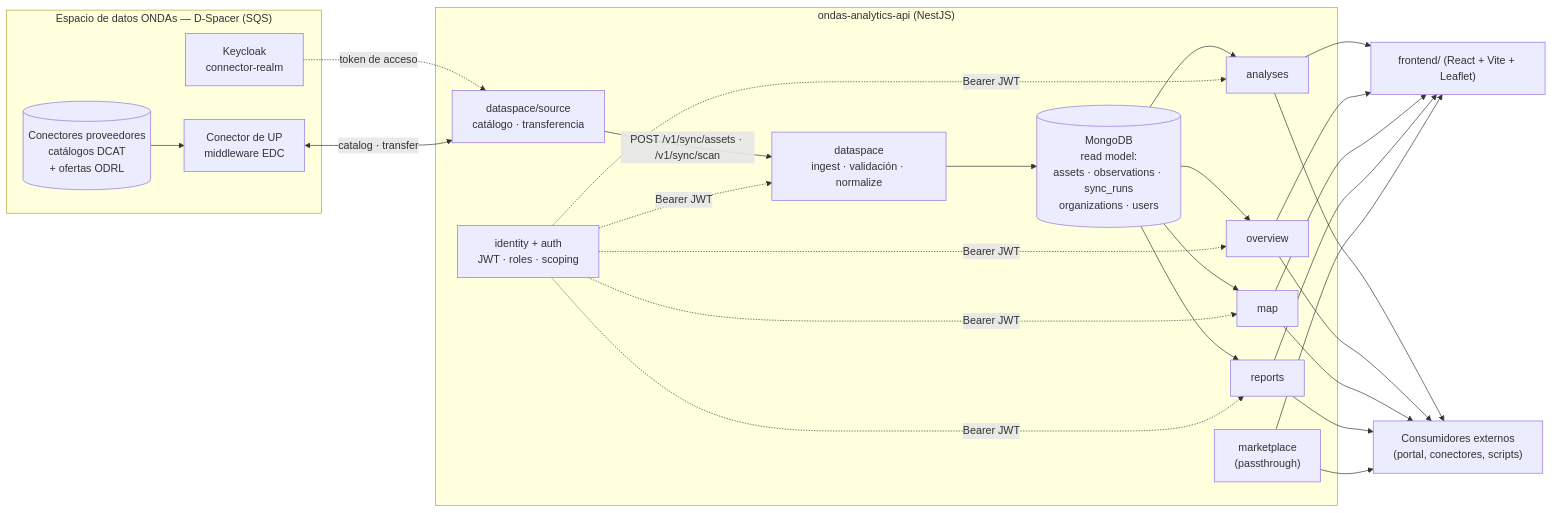
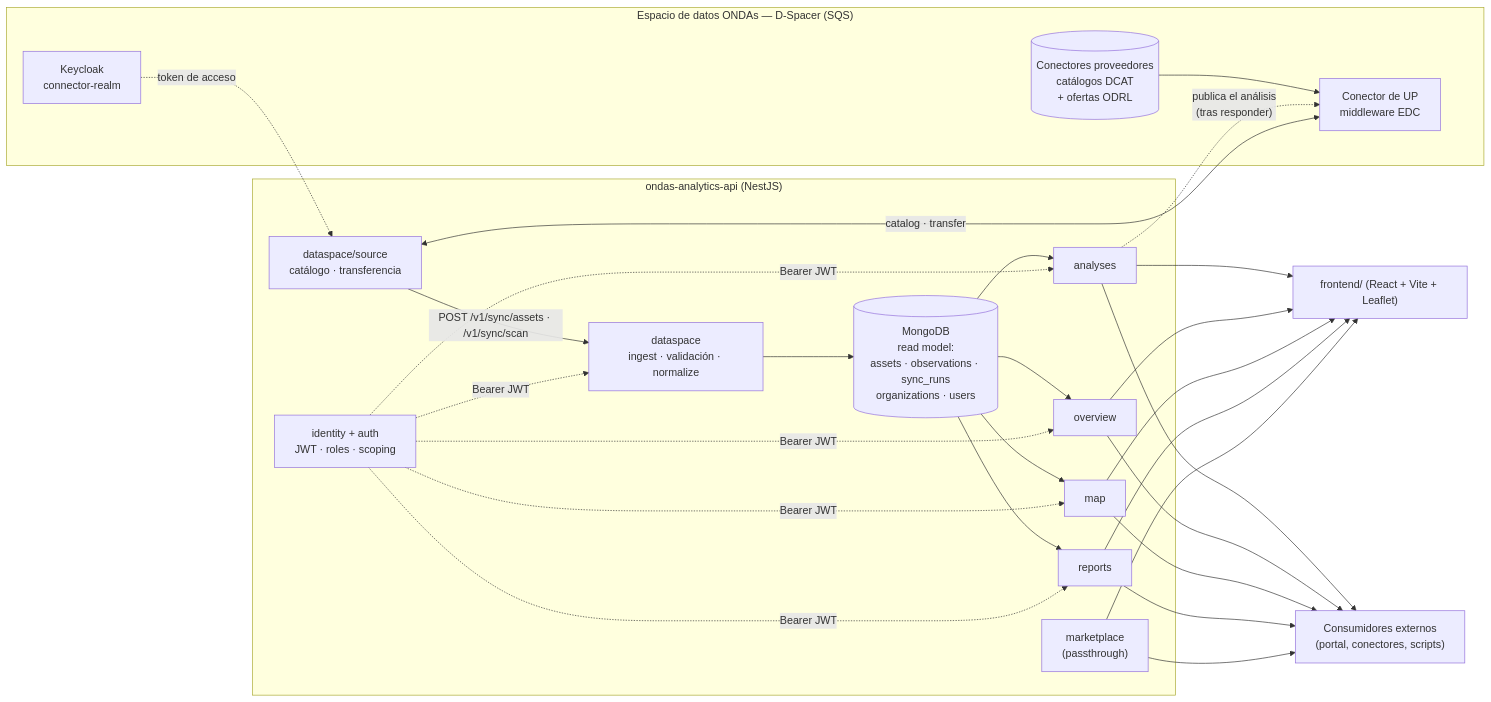
Before and after one commit to UniversalPlastic-io/ondas_analytics_api: the diagram in README.md, drawn with Mermaid. The commit also changed other lines of this file and 6 other files, not shown here.

````diff
--- a/README.md
+++ b/README.md
@@ -46,33 +55,34 @@
 ```mermaid
 flowchart LR
   subgraph DS["Espacio de datos ONDAs — D-Spacer (SQS)"]
     KC["Keycloak<br/>connector-realm"]
     MW["Conector de UP<br/>middleware EDC"]
     PROV[("Conectores proveedores<br/>catálogos DCAT<br/>+ ofertas ODRL")]
   end
 
   subgraph API["ondas-analytics-api (NestJS)"]
     SRC["dataspace/source<br/>catálogo · transferencia"]
     SYNC["dataspace<br/>ingest · validación · normalize"]
     MONGO[("MongoDB<br/>read model:<br/>assets · observations · sync_runs<br/>organizations · users")]
     IDENT["identity + auth<br/>JWT · roles · scoping"]
     ANA["analyses"]
     OVW["overview"]
     MAP["map"]
     REP["reports"]
     MKT["marketplace<br/>(passthrough)"]
   end
 
   SPA["frontend/ (React + Vite + Leaflet)"]
   EXT["Consumidores externos<br/>(portal, conectores, scripts)"]
 
   KC -.->|"token de acceso"| SRC
   PROV --> MW
   MW <-->|"catalog · transfer"| SRC
   SRC -->|"POST /v1/sync/assets · /v1/sync/scan"| SYNC
   SYNC --> MONGO
   MONGO --> ANA & OVW & MAP & REP
   IDENT -.->|"Bearer JWT"| ANA & OVW & MAP & REP & SYNC
+  ANA -. "publica el análisis<br/>(tras responder)" .-> MW
   ANA & OVW & MAP & REP & MKT --> SPA
   ANA & OVW & MAP & REP & MKT --> EXT
 ```
````
